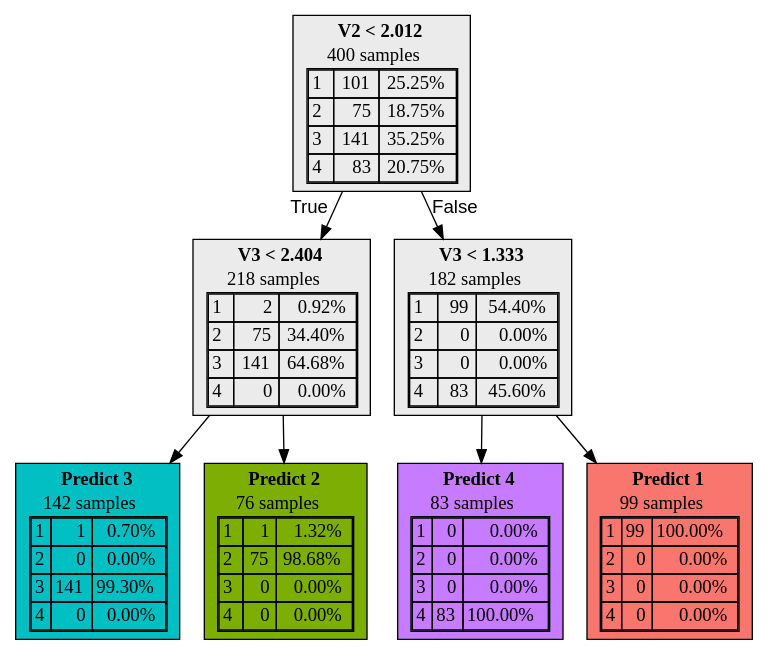
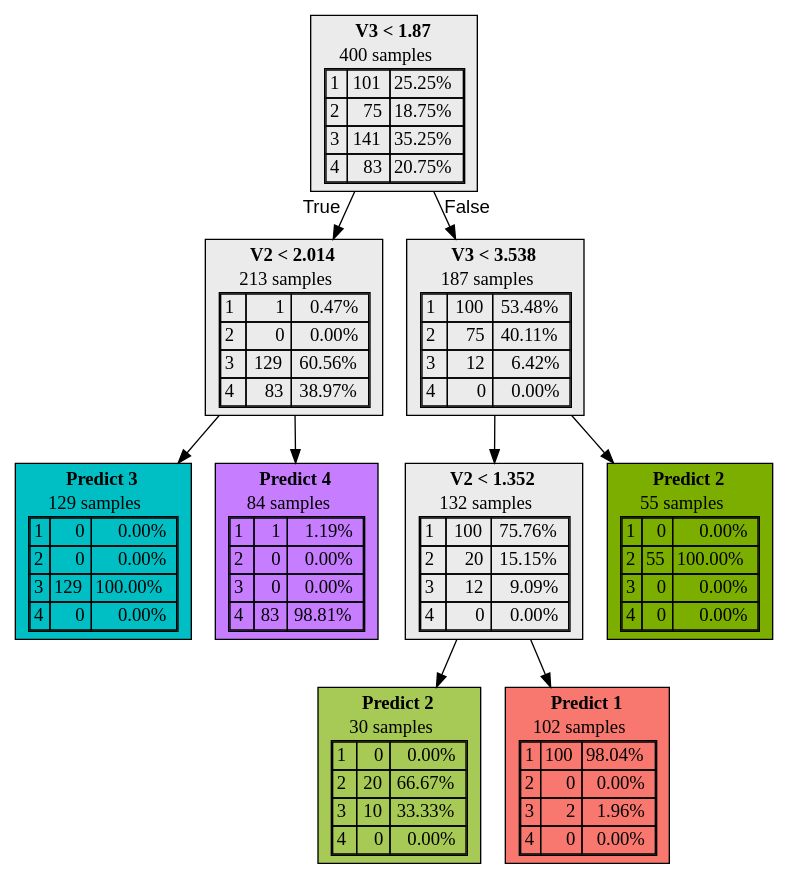
Before and after one commit to agniorf/Optimal_Clustering_Trees: the diagram in revision/complete_comparison_fcps/results/oct-Lsun-silhouette-seed2.dot, drawn with Graphviz. The commit also changed 280 other files, not shown here.

```diff
--- a/revision/complete_comparison_fcps/results/oct-Lsun-silhouette-seed2.dot
+++ b/revision/complete_comparison_fcps/results/oct-Lsun-silhouette-seed2.dot
@@ -2,7 +2,7 @@
     1 [label=<  <TABLE BORDER="0" CELLPADDING="0">
       <TR>
     <TD>
-      <B> V2 &lt; 2.012</B>
+      <B> V3 &lt; 1.87</B>
     </TD>
   </TR>
 
@@ -44,35 +44,35 @@
     2 [label=<  <TABLE BORDER="0" CELLPADDING="0">
       <TR>
     <TD>
-      <B> V3 &lt; 2.404</B>
+      <B> V2 &lt; 2.014</B>
     </TD>
   </TR>
 
     <TR>
-      <TD>218 samples</TD>
+      <TD>213 samples</TD>
     </TR>
     <TR>
   <TD>
     <TABLE CELLSPACING="0">
         <TR >
     <TD ALIGN="LEFT">1</TD>
-    <TD ALIGN="RIGHT">2</TD>
-    <TD ALIGN="RIGHT">0.92%</TD>
+    <TD ALIGN="RIGHT">1</TD>
+    <TD ALIGN="RIGHT">0.47%</TD>
   </TR>
   <TR >
     <TD ALIGN="LEFT">2</TD>
-    <TD ALIGN="RIGHT">75</TD>
-    <TD ALIGN="RIGHT">34.40%</TD>
+    <TD ALIGN="RIGHT">0</TD>
+    <TD ALIGN="RIGHT">0.00%</TD>
   </TR>
   <TR class="highlighted">
     <TD ALIGN="LEFT">3</TD>
-    <TD ALIGN="RIGHT">141</TD>
-    <TD ALIGN="RIGHT">64.68%</TD>
+    <TD ALIGN="RIGHT">129</TD>
+    <TD ALIGN="RIGHT">60.56%</TD>
   </TR>
   <TR >
     <TD ALIGN="LEFT">4</TD>
-    <TD ALIGN="RIGHT">0</TD>
-    <TD ALIGN="RIGHT">0.00%</TD>
+    <TD ALIGN="RIGHT">83</TD>
+    <TD ALIGN="RIGHT">38.97%</TD>
   </TR>
 
     </TABLE>
@@ -91,15 +91,15 @@
   </TR>
 
     <TR>
-      <TD>142 samples</TD>
+      <TD>129 samples</TD>
     </TR>
     <TR>
   <TD>
     <TABLE CELLSPACING="0">
         <TR >
     <TD ALIGN="LEFT">1</TD>
-    <TD ALIGN="RIGHT">1</TD>
-    <TD ALIGN="RIGHT">0.70%</TD>
+    <TD ALIGN="RIGHT">0</TD>
+    <TD ALIGN="RIGHT">0.00%</TD>
   </TR>
   <TR >
     <TD ALIGN="LEFT">2</TD>
@@ -108,8 +108,8 @@
   </TR>
   <TR class="highlighted">
     <TD ALIGN="LEFT">3</TD>
-    <TD ALIGN="RIGHT">141</TD>
-    <TD ALIGN="RIGHT">99.30%</TD>
+    <TD ALIGN="RIGHT">129</TD>
+    <TD ALIGN="RIGHT">100.00%</TD>
   </TR>
   <TR >
     <TD ALIGN="LEFT">4</TD>
@@ -122,8 +122,132 @@
 </TR>
 
   </TABLE>
->,fillcolor="#00BFC4fd",shape=box,fontname="bold arial",style="filled",color=black];
+>,fillcolor="#00BFC4ff",shape=box,fontname="bold arial",style="filled",color=black];
     4 [label=<  <TABLE BORDER="0" CELLPADDING="0">
+      <TR>
+    <TD>
+      <B>Predict 4</B>
+    </TD>
+  </TR>
+
+    <TR>
+      <TD>84 samples</TD>
+    </TR>
+    <TR>
+  <TD>
+    <TABLE CELLSPACING="0">
+        <TR >
+    <TD ALIGN="LEFT">1</TD>
+    <TD ALIGN="RIGHT">1</TD>
+    <TD ALIGN="RIGHT">1.19%</TD>
+  </TR>
+  <TR >
+    <TD ALIGN="LEFT">2</TD>
+    <TD ALIGN="RIGHT">0</TD>
+    <TD ALIGN="RIGHT">0.00%</TD>
+  </TR>
+  <TR >
+    <TD ALIGN="LEFT">3</TD>
+    <TD ALIGN="RIGHT">0</TD>
+    <TD ALIGN="RIGHT">0.00%</TD>
+  </TR>
+  <TR class="highlighted">
+    <TD ALIGN="LEFT">4</TD>
+    <TD ALIGN="RIGHT">83</TD>
+    <TD ALIGN="RIGHT">98.81%</TD>
+  </TR>
+
+    </TABLE>
+  </TD>
+</TR>
+
+  </TABLE>
+>,fillcolor="#C77CFFfc",shape=box,fontname="bold arial",style="filled",color=black];
+    5 [label=<  <TABLE BORDER="0" CELLPADDING="0">
+      <TR>
+    <TD>
+      <B> V3 &lt; 3.538</B>
+    </TD>
+  </TR>
+
+    <TR>
+      <TD>187 samples</TD>
+    </TR>
+    <TR>
+  <TD>
+    <TABLE CELLSPACING="0">
+        <TR class="highlighted">
+    <TD ALIGN="LEFT">1</TD>
+    <TD ALIGN="RIGHT">100</TD>
+    <TD ALIGN="RIGHT">53.48%</TD>
+  </TR>
+  <TR >
+    <TD ALIGN="LEFT">2</TD>
+    <TD ALIGN="RIGHT">75</TD>
+    <TD ALIGN="RIGHT">40.11%</TD>
+  </TR>
+  <TR >
+    <TD ALIGN="LEFT">3</TD>
+    <TD ALIGN="RIGHT">12</TD>
+    <TD ALIGN="RIGHT">6.42%</TD>
+  </TR>
+  <TR >
+    <TD ALIGN="LEFT">4</TD>
+    <TD ALIGN="RIGHT">0</TD>
+    <TD ALIGN="RIGHT">0.00%</TD>
+  </TR>
+
+    </TABLE>
+  </TD>
+</TR>
+
+  </TABLE>
+>,fillcolor="#EBEBEB",shape=box,fontname="bold arial",style="filled"];
+    5 -> 6;
+    5 -> 9;
+    6 [label=<  <TABLE BORDER="0" CELLPADDING="0">
+      <TR>
+    <TD>
+      <B> V2 &lt; 1.352</B>
+    </TD>
+  </TR>
+
+    <TR>
+      <TD>132 samples</TD>
+    </TR>
+    <TR>
+  <TD>
+    <TABLE CELLSPACING="0">
+        <TR class="highlighted">
+    <TD ALIGN="LEFT">1</TD>
+    <TD ALIGN="RIGHT">100</TD>
+    <TD ALIGN="RIGHT">75.76%</TD>
+  </TR>
+  <TR >
+    <TD ALIGN="LEFT">2</TD>
+    <TD ALIGN="RIGHT">20</TD>
+    <TD ALIGN="RIGHT">15.15%</TD>
+  </TR>
+  <TR >
+    <TD ALIGN="LEFT">3</TD>
+    <TD ALIGN="RIGHT">12</TD>
+    <TD ALIGN="RIGHT">9.09%</TD>
+  </TR>
+  <TR >
+    <TD ALIGN="LEFT">4</TD>
+    <TD ALIGN="RIGHT">0</TD>
+    <TD ALIGN="RIGHT">0.00%</TD>
+  </TR>
+
+    </TABLE>
+  </TD>
+</TR>
+
+  </TABLE>
+>,fillcolor="#EBEBEB",shape=box,fontname="bold arial",style="filled"];
+    6 -> 7;
+    6 -> 8;
+    7 [label=<  <TABLE BORDER="0" CELLPADDING="0">
       <TR>
     <TD>
       <B>Predict 2</B>
@@ -131,20 +255,100 @@
   </TR>
 
     <TR>
-      <TD>76 samples</TD>
+      <TD>30 samples</TD>
     </TR>
     <TR>
   <TD>
     <TABLE CELLSPACING="0">
         <TR >
     <TD ALIGN="LEFT">1</TD>
-    <TD ALIGN="RIGHT">1</TD>
-    <TD ALIGN="RIGHT">1.32%</TD>
+    <TD ALIGN="RIGHT">0</TD>
+    <TD ALIGN="RIGHT">0.00%</TD>
   </TR>
   <TR class="highlighted">
     <TD ALIGN="LEFT">2</TD>
-    <TD ALIGN="RIGHT">75</TD>
-    <TD ALIGN="RIGHT">98.68%</TD>
+    <TD ALIGN="RIGHT">20</TD>
+    <TD ALIGN="RIGHT">66.67%</TD>
+  </TR>
+  <TR >
+    <TD ALIGN="LEFT">3</TD>
+    <TD ALIGN="RIGHT">10</TD>
+    <TD ALIGN="RIGHT">33.33%</TD>
+  </TR>
+  <TR >
+    <TD ALIGN="LEFT">4</TD>
+    <TD ALIGN="RIGHT">0</TD>
+    <TD ALIGN="RIGHT">0.00%</TD>
+  </TR>
+
+    </TABLE>
+  </TD>
+</TR>
+
+  </TABLE>
+>,fillcolor="#7CAE00aa",shape=box,fontname="bold arial",style="filled",color=black];
+    8 [label=<  <TABLE BORDER="0" CELLPADDING="0">
+      <TR>
+    <TD>
+      <B>Predict 1</B>
+    </TD>
+  </TR>
+
+    <TR>
+      <TD>102 samples</TD>
+    </TR>
+    <TR>
+  <TD>
+    <TABLE CELLSPACING="0">
+        <TR class="highlighted">
+    <TD ALIGN="LEFT">1</TD>
+    <TD ALIGN="RIGHT">100</TD>
+    <TD ALIGN="RIGHT">98.04%</TD>
+  </TR>
+  <TR >
+    <TD ALIGN="LEFT">2</TD>
+    <TD ALIGN="RIGHT">0</TD>
+    <TD ALIGN="RIGHT">0.00%</TD>
+  </TR>
+  <TR >
+    <TD ALIGN="LEFT">3</TD>
+    <TD ALIGN="RIGHT">2</TD>
+    <TD ALIGN="RIGHT">1.96%</TD>
+  </TR>
+  <TR >
+    <TD ALIGN="LEFT">4</TD>
+    <TD ALIGN="RIGHT">0</TD>
+    <TD ALIGN="RIGHT">0.00%</TD>
+  </TR>
+
+    </TABLE>
+  </TD>
+</TR>
+
+  </TABLE>
+>,fillcolor="#F8766Dfa",shape=box,fontname="bold arial",style="filled",color=black];
+    9 [label=<  <TABLE BORDER="0" CELLPADDING="0">
+      <TR>
+    <TD>
+      <B>Predict 2</B>
+    </TD>
+  </TR>
+
+    <TR>
+      <TD>55 samples</TD>
+    </TR>
+    <TR>
+  <TD>
+    <TABLE CELLSPACING="0">
+        <TR >
+    <TD ALIGN="LEFT">1</TD>
+    <TD ALIGN="RIGHT">0</TD>
+    <TD ALIGN="RIGHT">0.00%</TD>
+  </TR>
+  <TR class="highlighted">
+    <TD ALIGN="LEFT">2</TD>
+    <TD ALIGN="RIGHT">55</TD>
+    <TD ALIGN="RIGHT">100.00%</TD>
   </TR>
   <TR >
     <TD ALIGN="LEFT">3</TD>
@@ -162,127 +366,5 @@
 </TR>
 
   </TABLE>
->,fillcolor="#7CAE00fc",shape=box,fontname="bold arial",style="filled",color=black];
-    5 [label=<  <TABLE BORDER="0" CELLPADDING="0">
-      <TR>
-    <TD>
-      <B> V3 &lt; 1.333</B>
-    </TD>
-  </TR>
-
-    <TR>
-      <TD>182 samples</TD>
-    </TR>
-    <TR>
-  <TD>
-    <TABLE CELLSPACING="0">
-        <TR class="highlighted">
-    <TD ALIGN="LEFT">1</TD>
-    <TD ALIGN="RIGHT">99</TD>
-    <TD ALIGN="RIGHT">54.40%</TD>
-  </TR>
-  <TR >
-    <TD ALIGN="LEFT">2</TD>
-    <TD ALIGN="RIGHT">0</TD>
-    <TD ALIGN="RIGHT">0.00%</TD>
-  </TR>
-  <TR >
-    <TD ALIGN="LEFT">3</TD>
-    <TD ALIGN="RIGHT">0</TD>
-    <TD ALIGN="RIGHT">0.00%</TD>
-  </TR>
-  <TR >
-    <TD ALIGN="LEFT">4</TD>
-    <TD ALIGN="RIGHT">83</TD>
-    <TD ALIGN="RIGHT">45.60%</TD>
-  </TR>
-
-    </TABLE>
-  </TD>
-</TR>
-
-  </TABLE>
->,fillcolor="#EBEBEB",shape=box,fontname="bold arial",style="filled"];
-    5 -> 6;
-    5 -> 7;
-    6 [label=<  <TABLE BORDER="0" CELLPADDING="0">
-      <TR>
-    <TD>
-      <B>Predict 4</B>
-    </TD>
-  </TR>
-
-    <TR>
-      <TD>83 samples</TD>
-    </TR>
-    <TR>
-  <TD>
-    <TABLE CELLSPACING="0">
-        <TR >
-    <TD ALIGN="LEFT">1</TD>
-    <TD ALIGN="RIGHT">0</TD>
-    <TD ALIGN="RIGHT">0.00%</TD>
-  </TR>
-  <TR >
-    <TD ALIGN="LEFT">2</TD>
-    <TD ALIGN="RIGHT">0</TD>
-    <TD ALIGN="RIGHT">0.00%</TD>
-  </TR>
-  <TR >
-    <TD ALIGN="LEFT">3</TD>
-    <TD ALIGN="RIGHT">0</TD>
-    <TD ALIGN="RIGHT">0.00%</TD>
-  </TR>
-  <TR class="highlighted">
-    <TD ALIGN="LEFT">4</TD>
-    <TD ALIGN="RIGHT">83</TD>
-    <TD ALIGN="RIGHT">100.00%</TD>
-  </TR>
-
-    </TABLE>
-  </TD>
-</TR>
-
-  </TABLE>
->,fillcolor="#C77CFFff",shape=box,fontname="bold arial",style="filled",color=black];
-    7 [label=<  <TABLE BORDER="0" CELLPADDING="0">
-      <TR>
-    <TD>
-      <B>Predict 1</B>
-    </TD>
-  </TR>
-
-    <TR>
-      <TD>99 samples</TD>
-    </TR>
-    <TR>
-  <TD>
-    <TABLE CELLSPACING="0">
-        <TR class="highlighted">
-    <TD ALIGN="LEFT">1</TD>
-    <TD ALIGN="RIGHT">99</TD>
-    <TD ALIGN="RIGHT">100.00%</TD>
-  </TR>
-  <TR >
-    <TD ALIGN="LEFT">2</TD>
-    <TD ALIGN="RIGHT">0</TD>
-    <TD ALIGN="RIGHT">0.00%</TD>
-  </TR>
-  <TR >
-    <TD ALIGN="LEFT">3</TD>
-    <TD ALIGN="RIGHT">0</TD>
-    <TD ALIGN="RIGHT">0.00%</TD>
-  </TR>
-  <TR >
-    <TD ALIGN="LEFT">4</TD>
-    <TD ALIGN="RIGHT">0</TD>
-    <TD ALIGN="RIGHT">0.00%</TD>
-  </TR>
-
-    </TABLE>
-  </TD>
-</TR>
-
-  </TABLE>
->,fillcolor="#F8766Dff",shape=box,fontname="bold arial",style="filled",color=black];
+>,fillcolor="#7CAE00ff",shape=box,fontname="bold arial",style="filled",color=black];
 }
```
